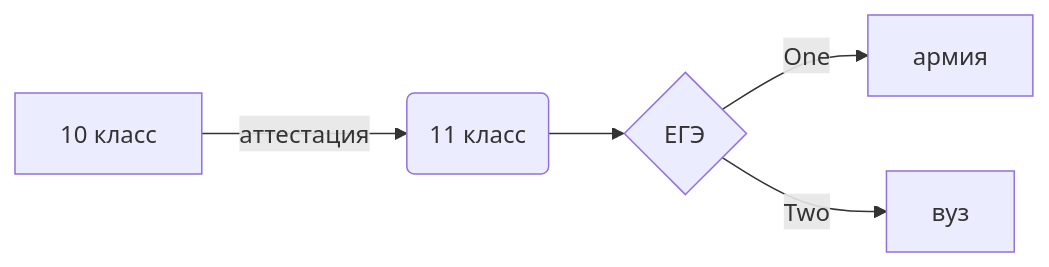
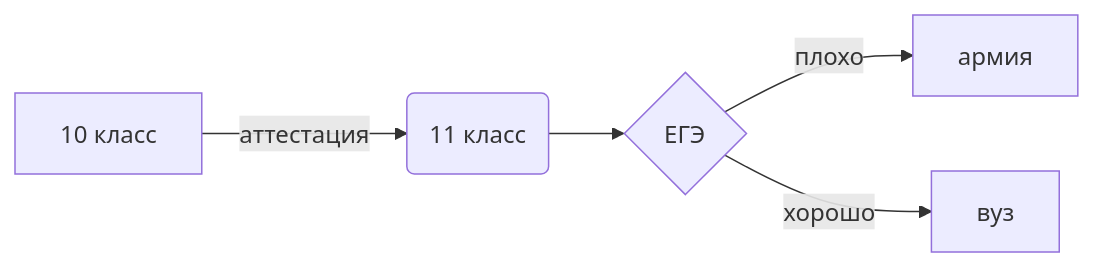
Before and after one commit to AndreDem135/FirstRepository: the diagram in README.md, drawn with Mermaid.

````diff
--- a/README.md
+++ b/README.md
@@ -52,8 +52,8 @@
 ```mermaid
 flowchart LR
 
 A[10 класс] -->|аттестация| B(11 класс)
 B --> C{ЕГЭ}
-C -->|One| D[армия]
-C -->|Two| E[вуз]
+C -->|плохо| D[армия]
+C -->|хорошо| E[вуз]
 ```
````
